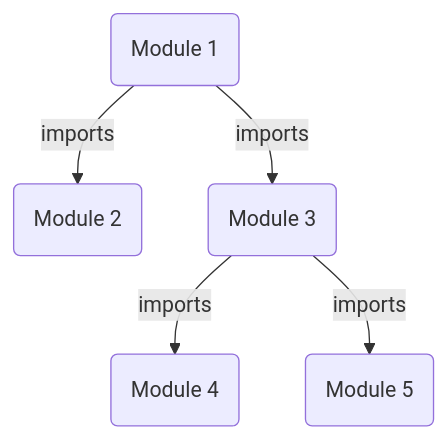
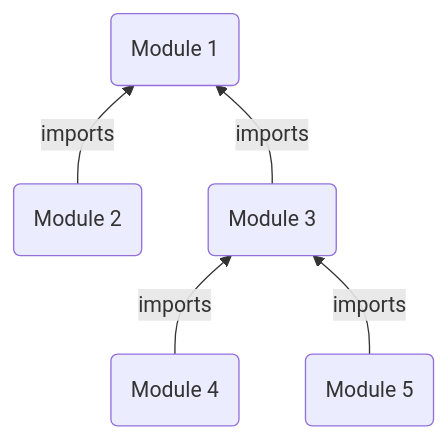
One commit to quadnix/octo changed the diagram in apps/octo-docs/docs/fundamentals/modules.mdx. Above: the diagram before and after it, drawn with Mermaid. The commit also changed other lines of this file and 5 other files, not shown here.

````diff
--- a/apps/octo-docs/docs/fundamentals/modules.mdx
+++ b/apps/octo-docs/docs/fundamentals/modules.mdx
@@ -46,13 +108,13 @@
 ```mermaid
-graph TD;
+graph BT;
   module1(Module 1)
   module2(Module 2)
   module3(Module 3)
   module4(Module 4)
   module5(Module 5)
 
-  module1 -- imports --> module2;
-  module1 -- imports --> module3;
-  module3 -- imports --> module4;
-  module3 -- imports --> module5;
+  module2 -- imports --> module1;
+  module3 -- imports --> module1;
+  module4 -- imports --> module3;
+  module5 -- imports --> module3;
 ```
````
